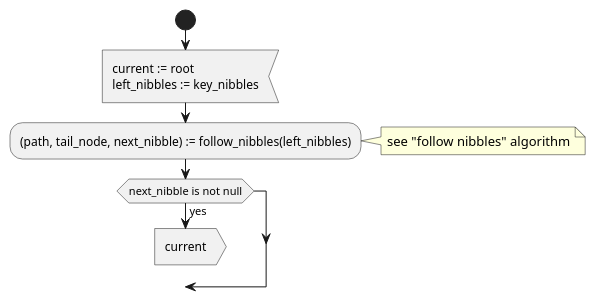
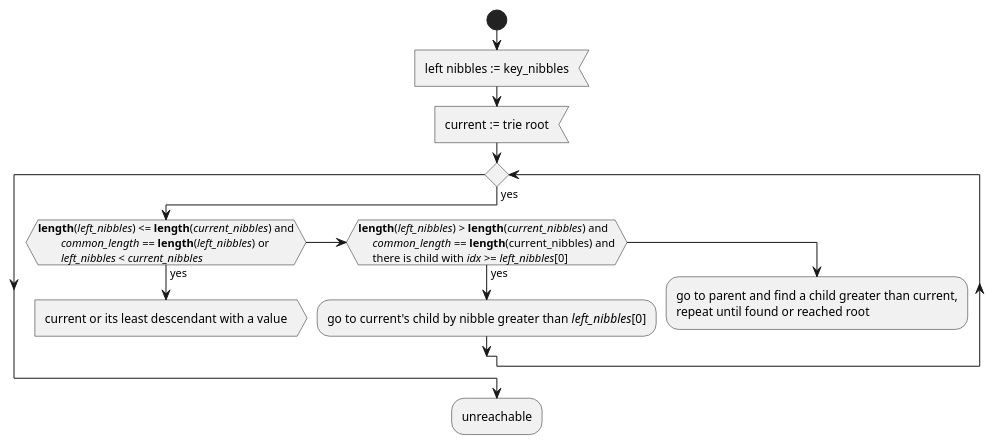
The diagram in core/storage/trie/polkadot_trie/trie_algorithms.puml (qdrvm/kagome), drawn with PlantUML before and after one commit. The commit also changed other lines of this file and 4 other files, not shown here.

Commit message:
Regenerate the diagram

```diff
--- a/core/storage/trie/polkadot_trie/trie_algorithms.puml
+++ b/core/storage/trie/polkadot_trie/trie_algorithms.puml
@@ -69,15 +1,24 @@
 @startuml lower bound algorithm
 start
-:current := root
-left_nibbles := key_nibbles<
 
-:(path, tail_node, next_nibble) := follow_nibbles(left_nibbles);
-note right: see "follow nibbles" algorithm
+:left nibbles := key_nibbles<
+:current := trie root<
+while () is (yes)
+    if (**length**(//left_nibbles//) <= **length**(//current_nibbles//) and
+        //common_length// == **length**(//left_nibbles//) or
+        //left_nibbles// < //current_nibbles//) then (yes)
+        :current or its least descendant with a value>
+        detach
+    else if (**length**(//left_nibbles//) > **length**(//current_nibbles//) and
+     //common_length// == **length**(current_nibbles) and
+     there is child with //idx// >= //left_nibbles//[0]) then (yes)
+       :go to current's child by nibble greater than //left_nibbles//[0];
 
-if (next_nibble is not null) then (yes)
-    :current>
-    detach
-endif
-
-
+    else
+        :go to parent and find a child greater than current,
+        repeat until found or reached root;
+        detach
+    endif
+end while
+:unreachable;
 @enduml
```
